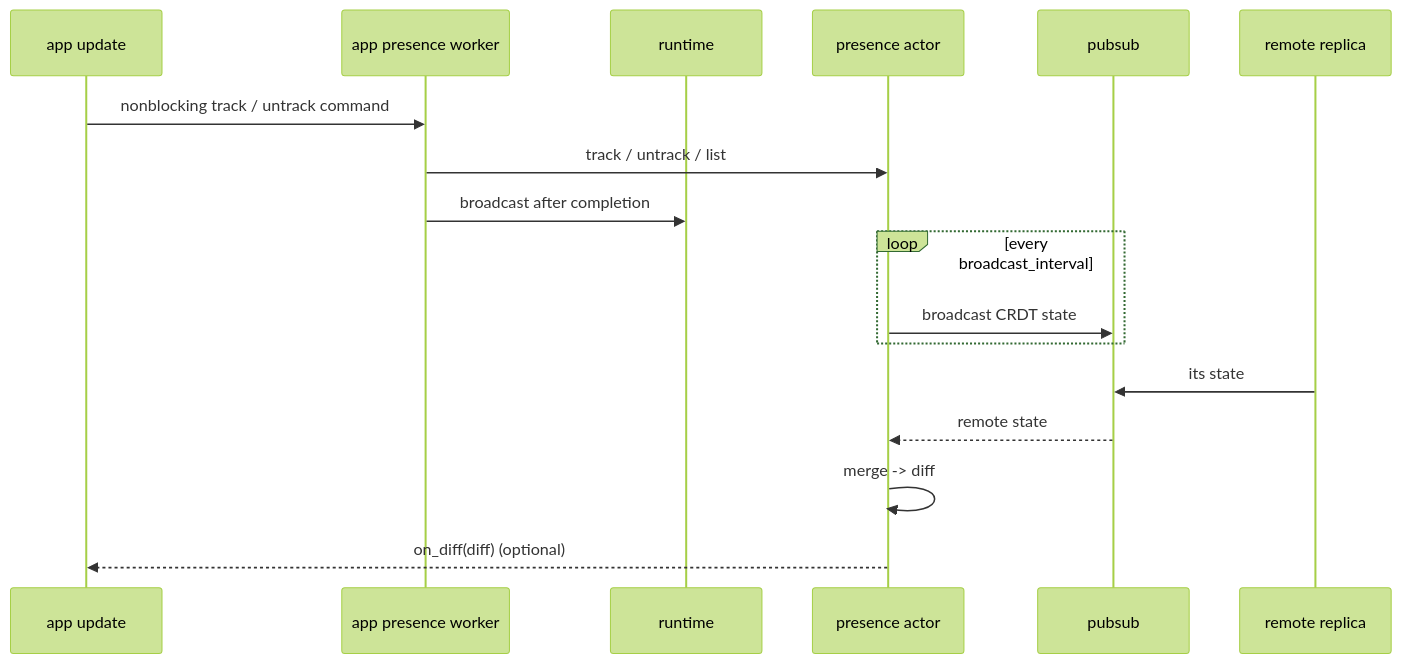
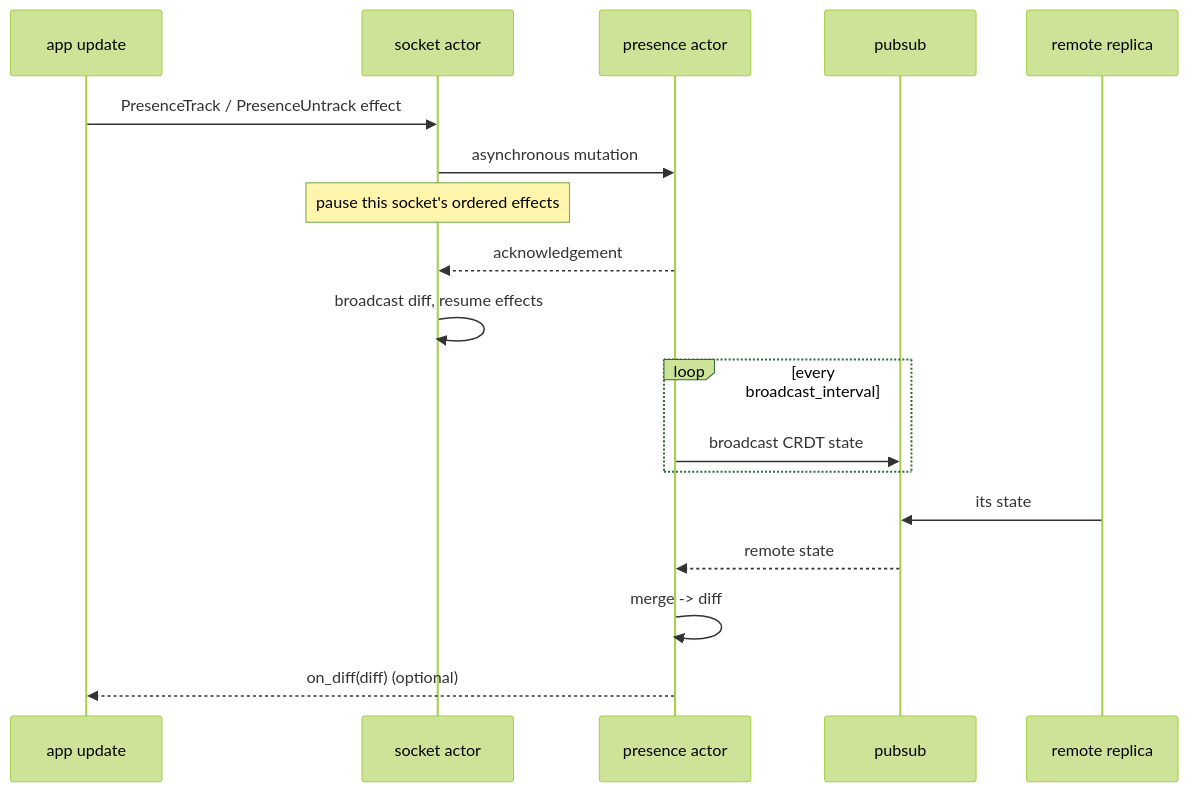
Before and after one commit to tylerbutler/beryl: the tenth of 11 diagrams in docs/architecture-deck.md, drawn with Mermaid (forest theme). The commit also changed other lines of this file and 8 other files, not shown here.

First line of the commit message:
docs: align architecture with runtime (#402)

````diff
--- a/docs/architecture-deck.md
+++ b/docs/architecture-deck.md
@@ -364,19 +378,20 @@
 ```mermaid
 sequenceDiagram
   participant App as app update
-  participant Worker as app presence worker
-  participant Runtime as runtime
+  participant Socket as socket actor
   participant Pres as presence actor
   participant PS as pubsub
   participant Remote as remote replica
-  App->>Worker: nonblocking track / untrack command
-  Worker->>Pres: track / untrack / list
-  Worker->>Runtime: broadcast after completion
+  App->>Socket: PresenceTrack / PresenceUntrack effect
+  Socket->>Pres: asynchronous mutation
+  Note over Socket: pause this socket's ordered effects
+  Pres-->>Socket: acknowledgement
+  Socket->>Socket: broadcast diff, resume effects
   loop every broadcast_interval
     Pres->>PS: broadcast CRDT state
   end
   Remote->>PS: its state
   PS-->>Pres: remote state
   Pres->>Pres: merge -> diff
   Pres-->>App: on_diff(diff) (optional)
 ```
````
